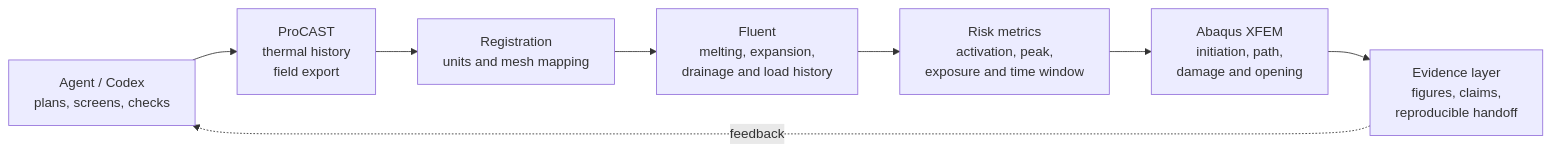
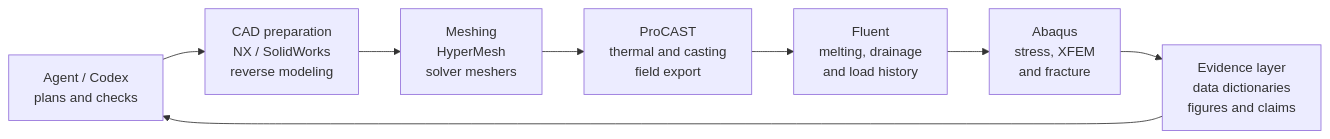
The diagram in README.md (Yan-Kai-Chen/CAE-Simulation-Skills-MCP), drawn with Mermaid before and after one commit. The commit also changed other lines of this file and 48 other files, not shown here.

````diff
--- a/README.md
+++ b/README.md
@@ -17,11 +19,10 @@
 ```mermaid
 flowchart LR
-    A["Agent / Codex<br/>plans, screens, checks"] --> P
-    P["ProCAST<br/>thermal history<br/>field export"] --> M
-    M["Registration<br/>units and mesh mapping"] --> F
-    F["Fluent<br/>melting, expansion,<br/>drainage and load history"] --> R
-    R["Risk metrics<br/>activation, peak,<br/>exposure and time window"] --> B
-    B["Abaqus XFEM<br/>initiation, path,<br/>damage and opening"] --> E
-    E["Evidence layer<br/>figures, claims,<br/>reproducible handoff"]
-    E -. "feedback" .-> A
+    A["Agent / Codex<br/>plans and checks"] --> C
+    C["CAD preparation<br/>NX / SolidWorks<br/>reverse modeling"] --> H
+    H["Meshing<br/>HyperMesh<br/>solver meshers"] --> P
+    P["ProCAST<br/>thermal and casting<br/>field export"] --> F
+    F["Fluent<br/>melting, drainage<br/>and load history"] --> B
+    B["Abaqus<br/>stress, XFEM<br/>and fracture"] --> E
+    E["Evidence layer<br/>data dictionaries<br/>figures and claims"] --> A
 ```
````
